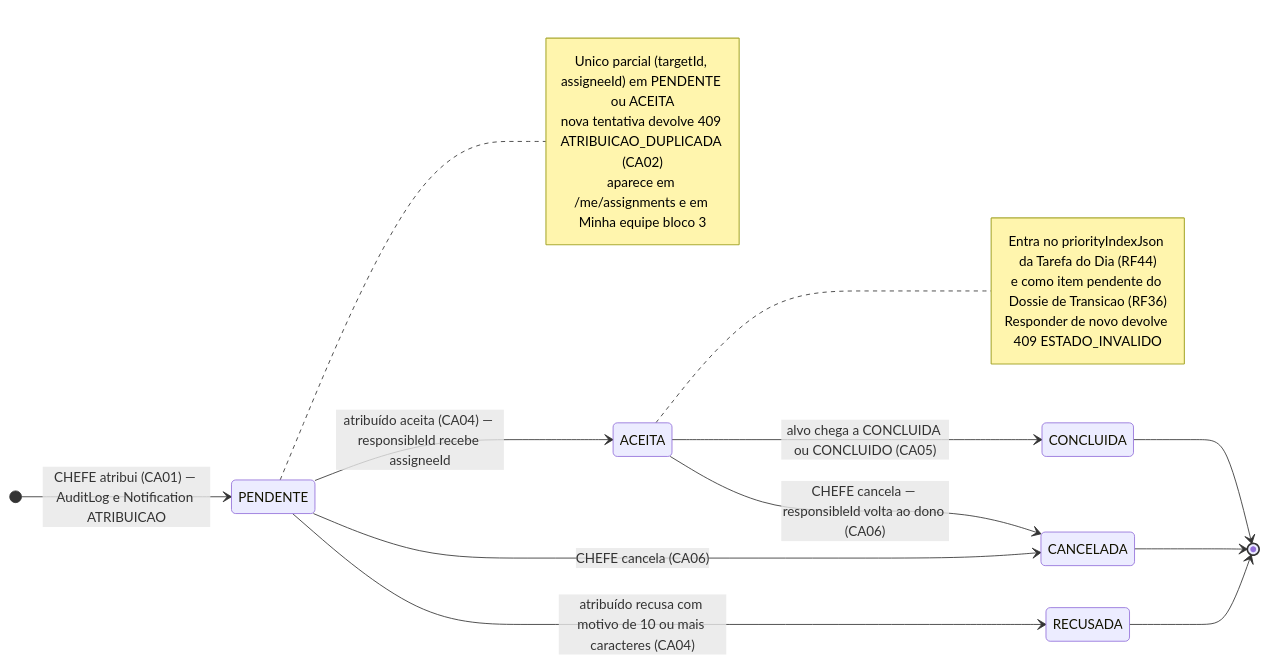
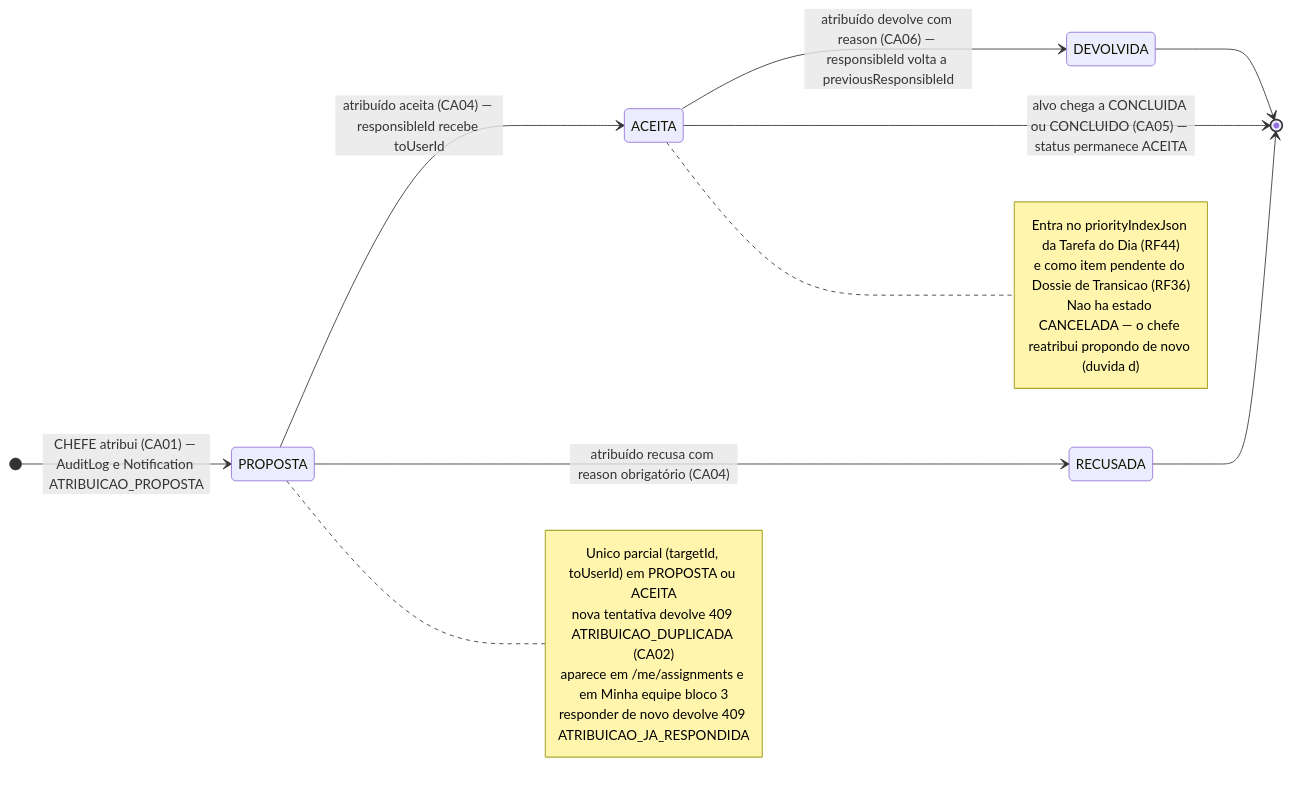
The fourth of 5 diagrams in docs/diagramas/RF10/README.md (MatheusHaliski/Decia-app-2026), drawn with Mermaid before and after one commit. The commit also changed other lines of this file and 3 other files, not shown here.

First line of the commit message:
docs(diagramas): RF18/RF19 alinhados à entidade Assignment; RF13 ajustado

````diff
--- a/docs/diagramas/RF10/README.md
+++ b/docs/diagramas/RF10/README.md
@@ -390,24 +404,23 @@
 ```mermaid
 stateDiagram-v2
   direction LR
-  [*] --> PENDENTE : CHEFE atribui (CA01) — AuditLog e Notification ATRIBUICAO
-  PENDENTE --> ACEITA : atribuído aceita (CA04) — responsibleId recebe assigneeId
-  PENDENTE --> RECUSADA : atribuído recusa com motivo de 10 ou mais caracteres (CA04)
-  PENDENTE --> CANCELADA : CHEFE cancela (CA06)
-  ACEITA --> CANCELADA : CHEFE cancela — responsibleId volta ao dono (CA06)
-  ACEITA --> CONCLUIDA : alvo chega a CONCLUIDA ou CONCLUIDO (CA05)
+  [*] --> PROPOSTA : CHEFE atribui (CA01) — AuditLog e Notification ATRIBUICAO_PROPOSTA
+  PROPOSTA --> ACEITA : atribuído aceita (CA04) — responsibleId recebe toUserId
+  PROPOSTA --> RECUSADA : atribuído recusa com reason obrigatório (CA04)
+  ACEITA --> DEVOLVIDA : atribuído devolve com reason (CA06) — responsibleId volta a previousResponsibleId
   RECUSADA --> [*]
-  CANCELADA --> [*]
-  CONCLUIDA --> [*]
+  DEVOLVIDA --> [*]
+  ACEITA --> [*] : alvo chega a CONCLUIDA ou CONCLUIDO (CA05) — status permanece ACEITA
 
-  note right of PENDENTE
-    Unico parcial (targetId, assigneeId) em PENDENTE ou ACEITA
+  note right of PROPOSTA
+    Unico parcial (targetId, toUserId) em PROPOSTA ou ACEITA
     nova tentativa devolve 409 ATRIBUICAO_DUPLICADA (CA02)
     aparece em /me/assignments e em Minha equipe bloco 3
+    responder de novo devolve 409 ATRIBUICAO_JA_RESPONDIDA
   end note
   note right of ACEITA
     Entra no priorityIndexJson da Tarefa do Dia (RF44)
     e como item pendente do Dossie de Transicao (RF36)
-    Responder de novo devolve 409 ESTADO_INVALIDO
+    Nao ha estado CANCELADA — o chefe reatribui propondo de novo (duvida d)
   end note
 ```
````
